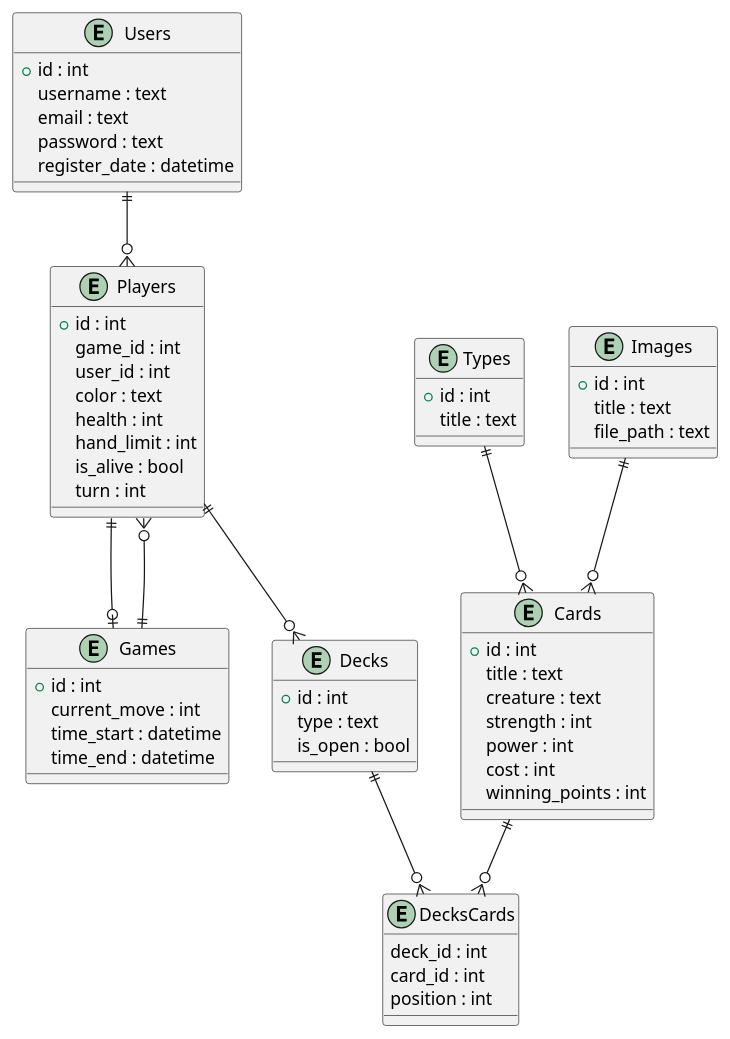
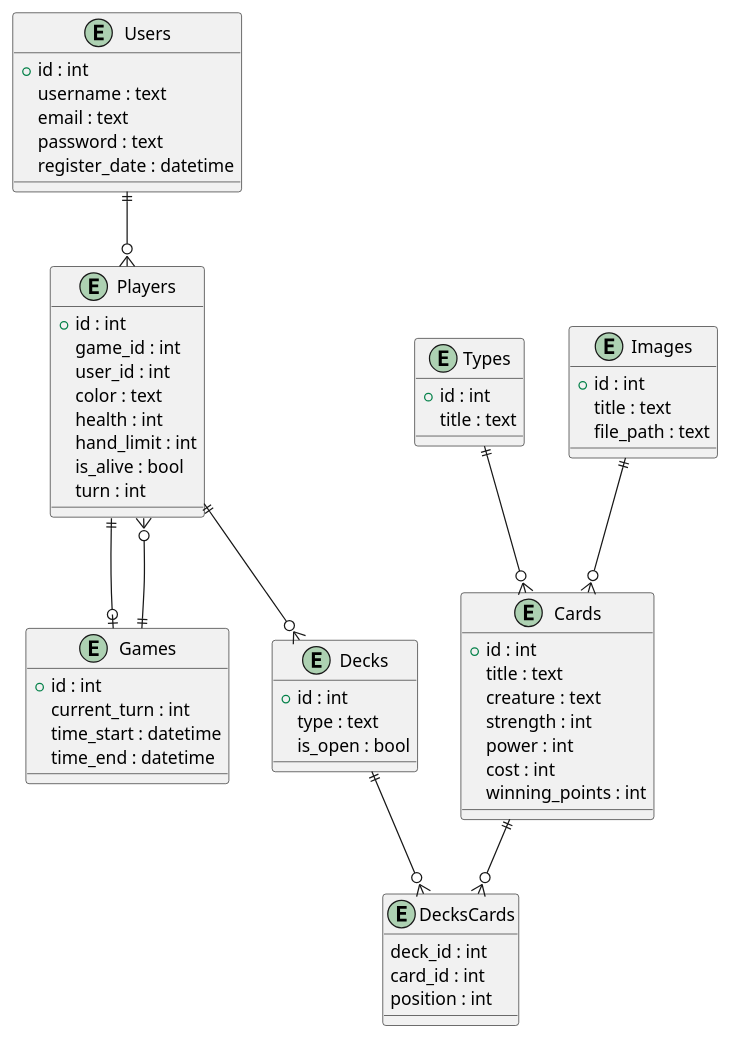
One commit to just-rudy/cool-magic-battles changed the diagram in docs/crowsfoot.puml. Above: the diagram before and after it, drawn with PlantUML. The commit also changed 2 other files, not shown here.

Commit message:
l02:fix-schemas

```diff
--- a/docs/crowsfoot.puml
+++ b/docs/crowsfoot.puml
@@ -1,72 +1,72 @@
 @startuml
 
 entity Users {
   +id : int
   username : text
   email : text
   password : text
   register_date : datetime
 }
 
 entity Games {
   +id : int
-  current_move : int
+  current_turn : int
   time_start : datetime
   time_end : datetime
 }
 
 entity Players {
   +id : int
   game_id : int
   user_id : int
   color : text
   health : int
   hand_limit : int
   is_alive : bool
   turn : int
 }
 
 entity Cards {
   +id : int
   title : text
   creature : text
   strength : int
   power : int
   cost : int
   winning_points : int
 }
 
 entity Types {
   +id : int
   title : text
 }
 
 entity Images {
   +id : int
   title : text
   file_path : text
 }
 
 entity Decks {
   +id : int
   type : text
   is_open : bool
 }
 
 entity DecksCards {
   deck_id : int
   card_id : int
   position : int
 }
 
 Users ||--o{ Players
 Games ||--o{ Players
 Players ||--o{ Decks
 Decks ||--o{ DecksCards
 Cards ||--o{ DecksCards
 Types ||--o{ Cards
 Images ||--o{ Cards
 
 Players ||--o| Games
 
 @enduml
```
